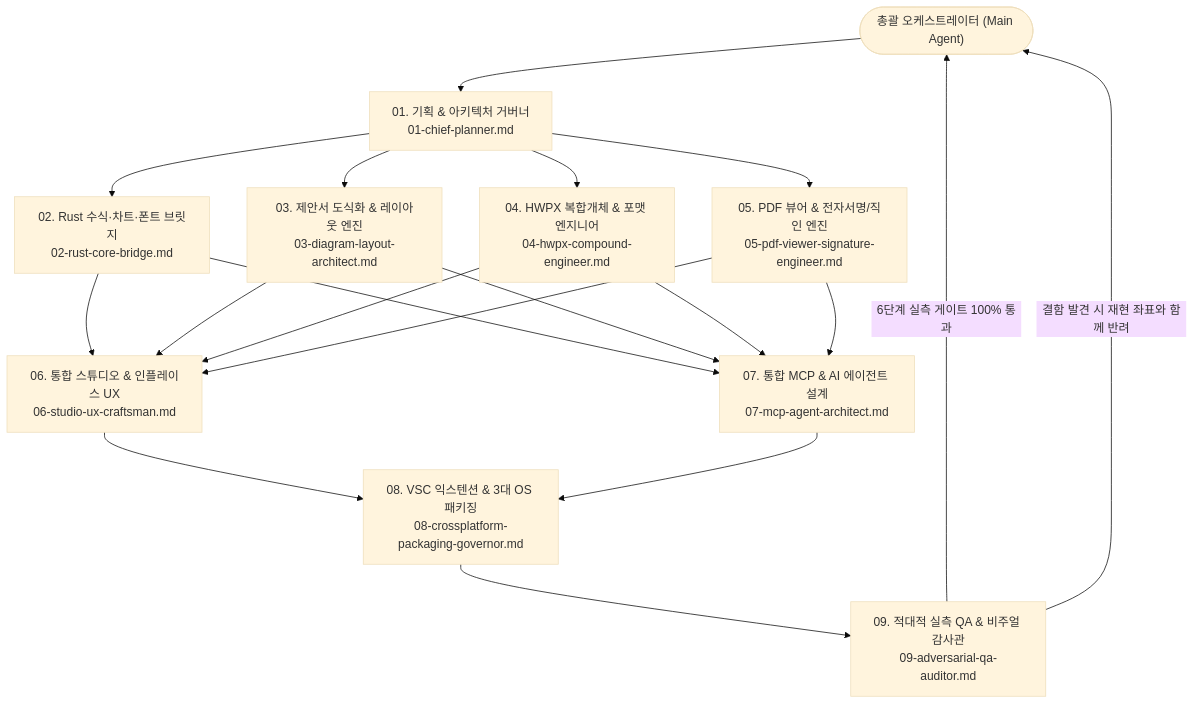
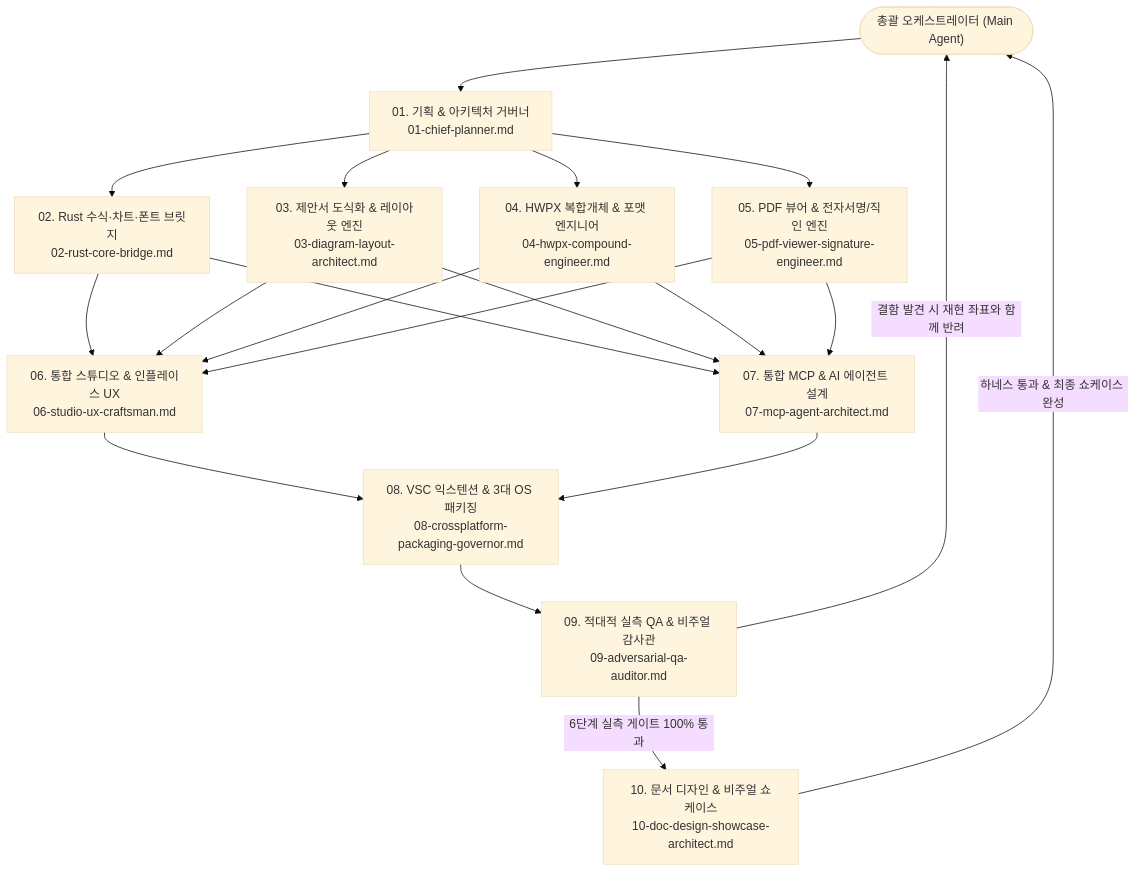
One commit to iamywl/ONEOFFICE changed the first of 2 diagrams in AGENTS.md. Above: the diagram before and after it, drawn with Mermaid (base theme). The commit also changed other lines of this file and 38 other files, not shown here.

````diff
--- a/AGENTS.md
+++ b/AGENTS.md
@@ -39,26 +39,27 @@
 ```mermaid
 flowchart TD
     Orch(["총괄 오케스트레이터 (Main Agent)"]) --> P["01. 기획 & 아키텍처 거버너\n01-chief-planner.md"]
     
     P --> R["02. Rust 수식·차트·폰트 브릿지\n02-rust-core-bridge.md"]
     P --> D["03. 제안서 도식화 & 레이아웃 엔진\n03-diagram-layout-architect.md"]
     P --> H["04. HWPX 복합개체 & 포맷 엔지니어\n04-hwpx-compound-engineer.md"]
     P --> PDF["05. PDF 뷰어 & 전자서명/직인 엔진\n05-pdf-viewer-signature-engineer.md"]
 
     R --> U["06. 통합 스튜디오 & 인플레이스 UX\n06-studio-ux-craftsman.md"]
     D --> U
     H --> U
     PDF --> U
 
     R --> M["07. 통합 MCP & AI 에이전트 설계\n07-mcp-agent-architect.md"]
     D --> M
     H --> M
     PDF --> M
 
     U --> PKG["08. VSC 익스텐션 & 3대 OS 패키징\n08-crossplatform-packaging-governor.md"]
     M --> PKG
 
     PKG --> Q["09. 적대적 실측 QA & 비주얼 감사관\n09-adversarial-qa-auditor.md"]
-    Q -->|"6단계 실측 게이트 100% 통과"| Orch
+    Q -->|"6단계 실측 게이트 100% 통과"| DOC["10. 문서 디자인 & 비주얼 쇼케이스\n10-doc-design-showcase-architect.md"]
+    DOC -->|"하네스 통과 & 최종 쇼케이스 완성"| Orch
     Q -->|"결함 발견 시 재현 좌표와 함께 반려"| Orch
 ```
````
